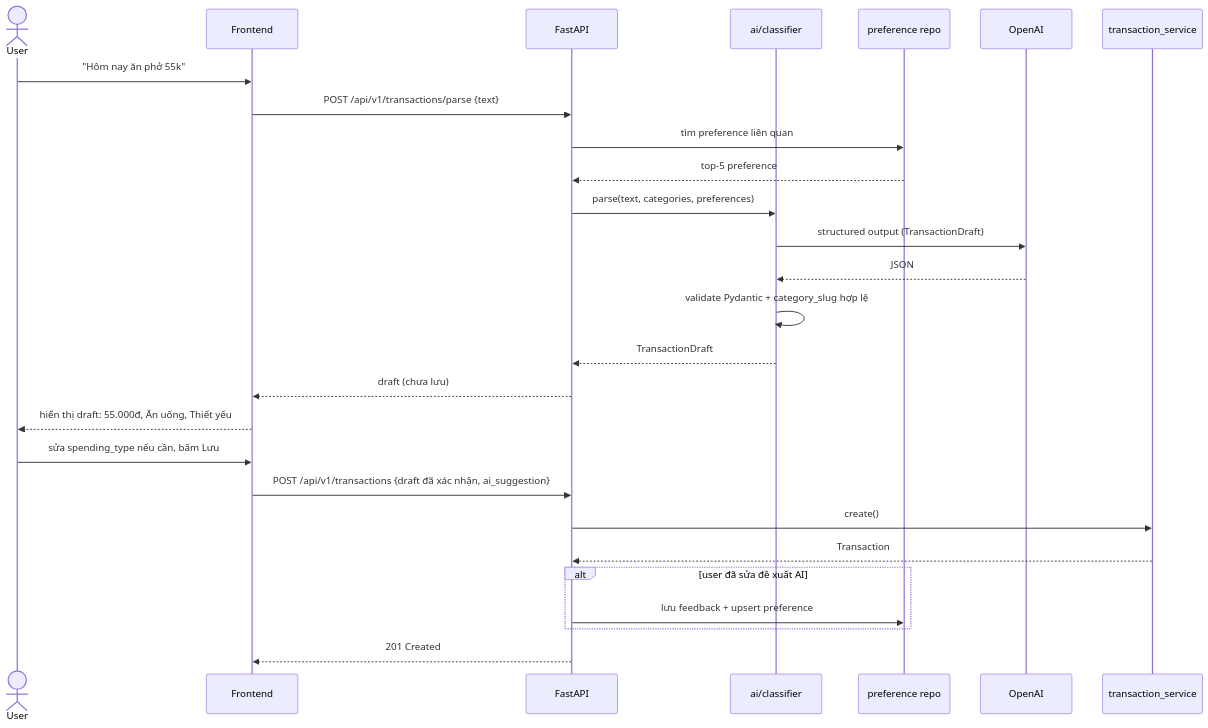
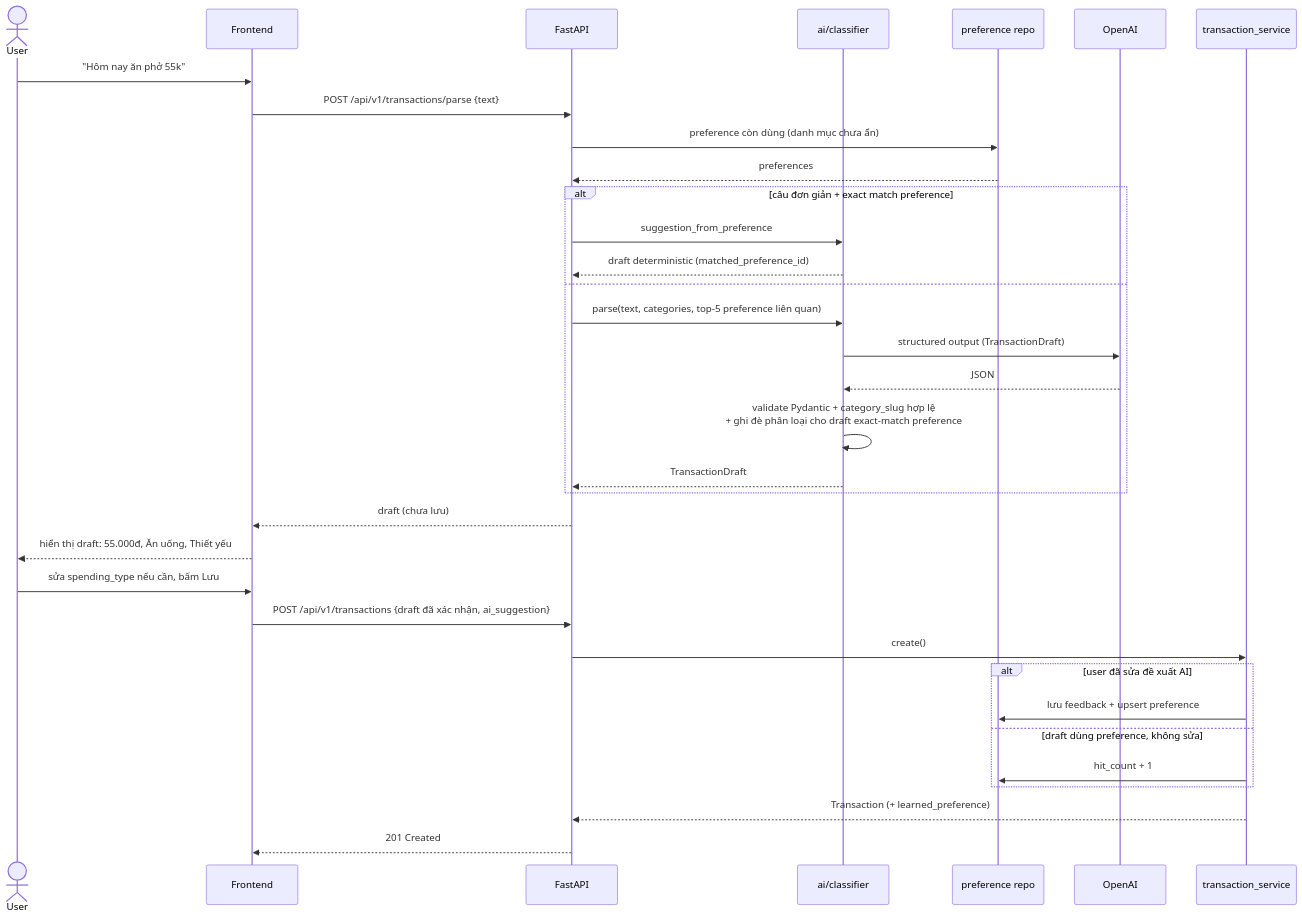
One commit to dangbh96/AI-personal-finance-assistant changed the first of 7 diagrams in docs/architecture/sequences.md. Above: the diagram before and after it, drawn with Mermaid. The commit also changed other lines of this file and 41 other files, not shown here.

````diff
--- a/docs/architecture/sequences.md
+++ b/docs/architecture/sequences.md
@@ -7,30 +8,37 @@
 ```mermaid
 sequenceDiagram
     actor U as User
     participant FE as Frontend
     participant API as FastAPI
     participant CLS as ai/classifier
     participant PREF as preference repo
     participant OAI as OpenAI
     participant TX as transaction_service
 
     U->>FE: "Hôm nay ăn phở 55k"
     FE->>API: POST /api/v1/transactions/parse {text}
-    API->>PREF: tìm preference liên quan
-    PREF-->>API: top-5 preference
-    API->>CLS: parse(text, categories, preferences)
-    CLS->>OAI: structured output (TransactionDraft)
-    OAI-->>CLS: JSON
-    CLS->>CLS: validate Pydantic + category_slug hợp lệ
-    CLS-->>API: TransactionDraft
+    API->>PREF: preference còn dùng (danh mục chưa ẩn)
+    PREF-->>API: preferences
+    alt câu đơn giản + exact match preference
+        API->>CLS: suggestion_from_preference
+        CLS-->>API: draft deterministic (matched_preference_id)
+    else
+        API->>CLS: parse(text, categories, top-5 preference liên quan)
+        CLS->>OAI: structured output (TransactionDraft)
+        OAI-->>CLS: JSON
+        CLS->>CLS: validate Pydantic + category_slug hợp lệ<br/>+ ghi đè phân loại cho draft exact-match preference
+        CLS-->>API: TransactionDraft
+    end
     API-->>FE: draft (chưa lưu)
     FE-->>U: hiển thị draft: 55.000đ, Ăn uống, Thiết yếu
     U->>FE: sửa spending_type nếu cần, bấm Lưu
     FE->>API: POST /api/v1/transactions {draft đã xác nhận, ai_suggestion}
     API->>TX: create()
-    TX-->>API: Transaction
     alt user đã sửa đề xuất AI
-        API->>PREF: lưu feedback + upsert preference
+        TX->>PREF: lưu feedback + upsert preference
+    else draft dùng preference, không sửa
+        TX->>PREF: hit_count + 1
     end
+    TX-->>API: Transaction (+ learned_preference)
     API-->>FE: 201 Created
 ```
````
